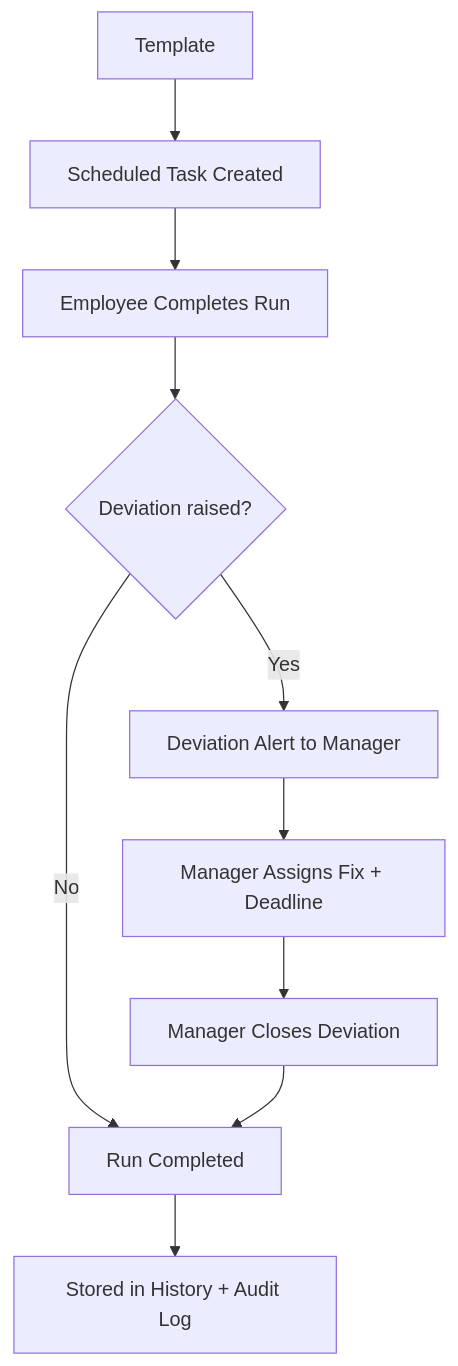
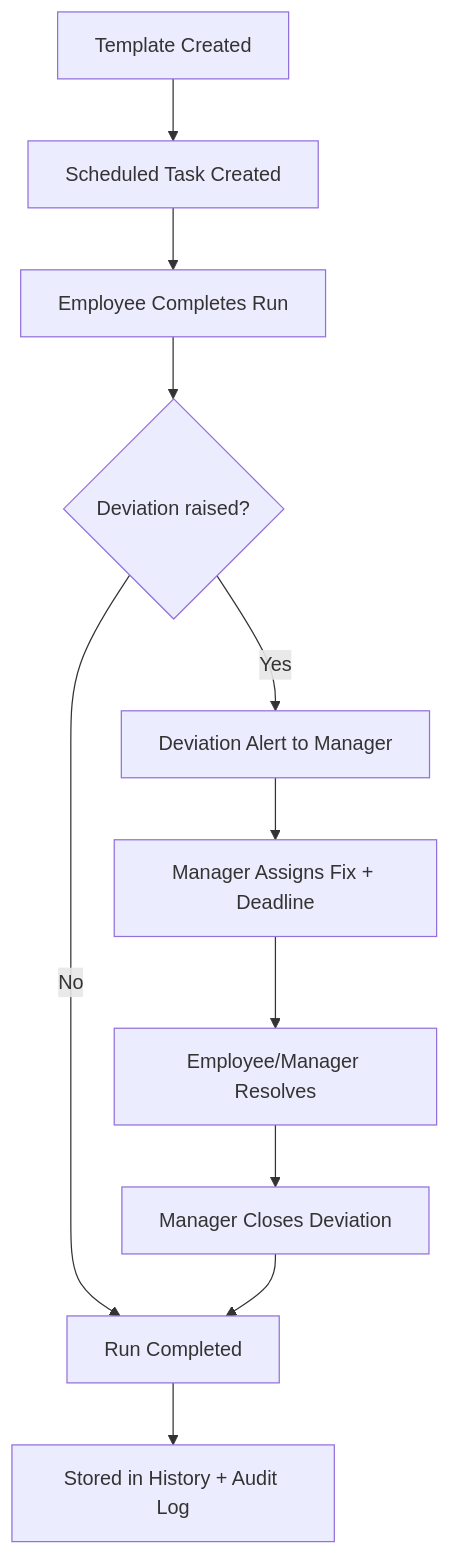
One commit to haroonjamil/smashing changed the eighth of 8 diagrams in readme.md. Above: the diagram before and after it, drawn with Mermaid. The commit also changed other lines of this file, not shown here.

````diff
--- a/readme.md
+++ b/readme.md
@@ -178,12 +180,13 @@
 ```mermaid
 flowchart TD
-  A[Template] --> B[Scheduled Task Created]
+  A[Template Created] --> B[Scheduled Task Created]
   B --> C[Employee Completes Run]
   C --> D{Deviation raised?}
   D -- No --> E[Run Completed]
   D -- Yes --> F[Deviation Alert to Manager]
   F --> G[Manager Assigns Fix + Deadline]
-  G --> H[Manager Closes Deviation]
-  H --> E
-  E --> I[Stored in History + Audit Log]
+  G --> H[Employee/Manager Resolves]
+  H --> I[Manager Closes Deviation]
+  I --> E
+  E --> J[Stored in History + Audit Log]
 ```
````
